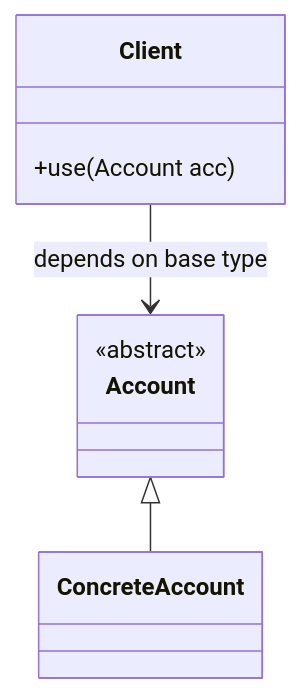
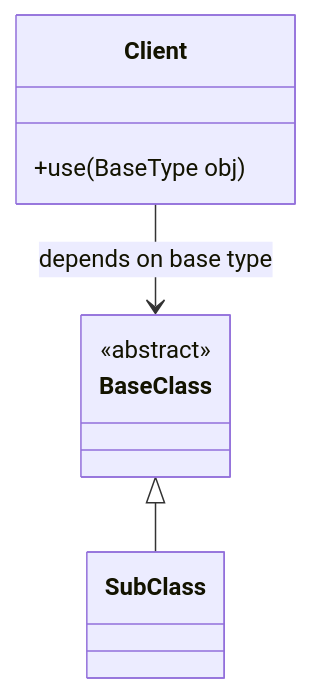
One commit to rajromil/System-Design changed the eighth of 16 diagrams in SOLID PRINCIPLES/NOTES.md. Above: the diagram before and after it, drawn with Mermaid. The commit also changed other lines of this file, not shown here.

````diff
--- a/SOLID PRINCIPLES/NOTES.md
+++ b/SOLID PRINCIPLES/NOTES.md
@@ -323,13 +334,13 @@
 ```mermaid
 classDiagram
     class Client {
-        +use(Account acc)
+        +use(BaseType obj)
     }
-    class Account {
+    class BaseClass {
         <<abstract>>
     }
-    class ConcreteAccount {
+    class SubClass {
     }
-    Account <|-- ConcreteAccount
-    Client --> Account : depends on base type
+    BaseClass <|-- SubClass
+    Client --> BaseClass : depends on base type
 ```
````
